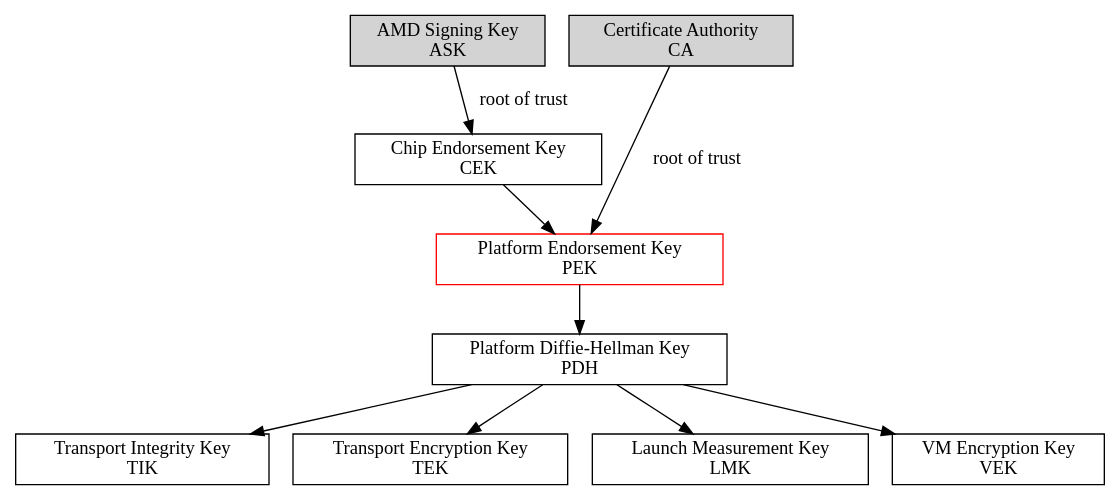
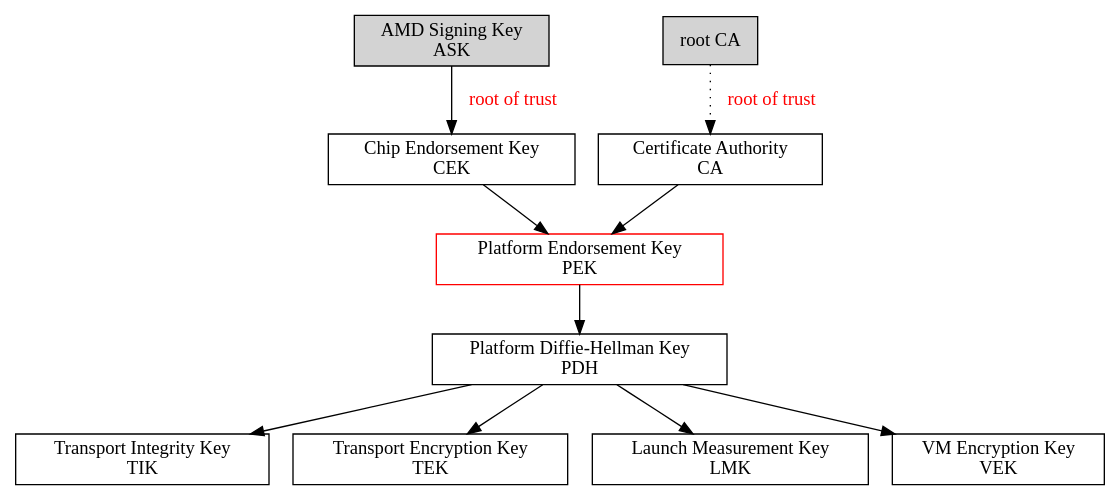
One commit to fengharry/draw changed the diagram in sev_keys.gv. Above: the diagram before and after it, drawn with Graphviz. The commit also changed 5 other files, not shown here.

```diff
--- a/sev_keys.gv
+++ b/sev_keys.gv
@@ -1,21 +1,23 @@
 digraph keys
 {
 	node[shape = box];
 
-	ASK -> CEK[label = "root of trust"];
+	ASK -> CEK[label = " root of trust"; fontcolor = red];
 	CEK -> PEK -> PDH;
-	ASK[label = "AMD Signing Key \n ASK"; style = filled];
+	ASK[label = "AMD Signing Key \n ASK"; style=filled];
 	CEK[label = "Chip Endorsement Key \n CEK"];
 	PEK[label = "Platform Endorsement Key \n PEK", color = red];
 	PDH[label = "Platform Diffie-Hellman Key \n PDH"];
 
-	CA -> PEK[label = "root of trust"];
-	CA[label = "Certificate Authority \n CA"; style = filled];
+	root_CA -> CA[label = " root of trust"; fontcolor = red; style = dotted];
+	CA -> PEK;
+	root_CA[label = "root CA"; style = filled];
+	CA[label = "Certificate Authority \n CA"];
 
-	{rank = same; ASK; CA}
+	{rank = same; ASK; root_CA}
 
 	PDH -> TIK; TIK[label = "Transport Integrity Key \n TIK"];
 	PDH -> TEK; TEK[label = "Transport Encryption Key \n TEK"];
 	PDH -> LMK; LMK[label = "Launch Measurement Key \n LMK"]
 	PDH -> VEK; VEK[label = "VM Encryption Key \n VEK"];
 }
```
